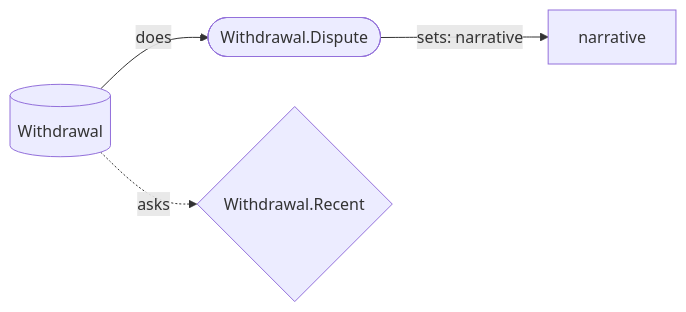
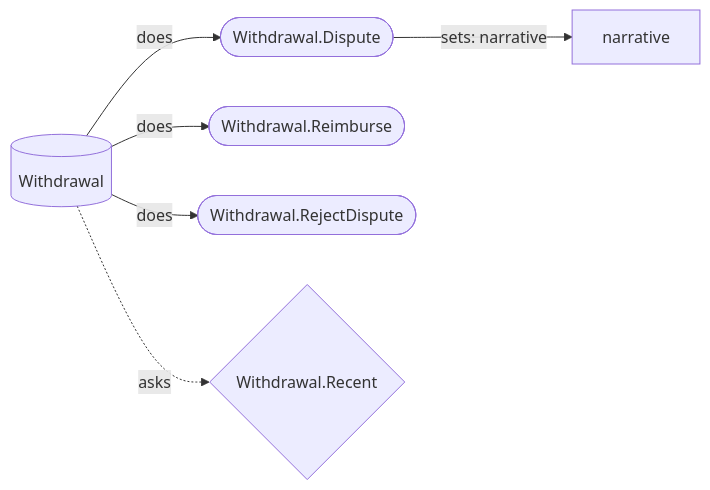
One commit to heckslabs/hecks changed the diagram in docs/generated/diagrams/banking/Withdrawal_surface.mmd. Above: the diagram before and after it, drawn with Mermaid. The commit also changed 8 other files, not shown here.

Commit message:
Regenerate the IR goldens and banking diagrams for the terminal marks and the new banking transitions

```diff
--- a/docs/generated/diagrams/banking/Withdrawal_surface.mmd
+++ b/docs/generated/diagrams/banking/Withdrawal_surface.mmd
@@ -1,6 +1,8 @@
 %% GENERATED by hecks project_diagrams from Withdrawal's own declared commands (and what each writes) and queries — DO NOT EDIT BY HAND.
 %% Re-run `hecks project_diagrams <domain-path> Banking` after any change.
 flowchart LR
     Withdrawal[(Withdrawal)] -->|does| cmd_Withdrawal_Dispute(["Withdrawal.Dispute"])
+    Withdrawal[(Withdrawal)] -->|does| cmd_Withdrawal_Reimburse(["Withdrawal.Reimburse"])
+    Withdrawal[(Withdrawal)] -->|does| cmd_Withdrawal_RejectDispute(["Withdrawal.RejectDispute"])
     cmd_Withdrawal_Dispute(["Withdrawal.Dispute"]) -->|"sets: narrative"| attr_Withdrawal_narrative[narrative]
     Withdrawal[(Withdrawal)] -.->|asks| qry_Withdrawal_Recent{"Withdrawal.Recent"}
```
